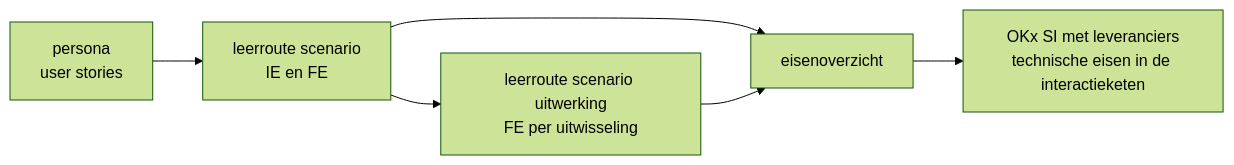
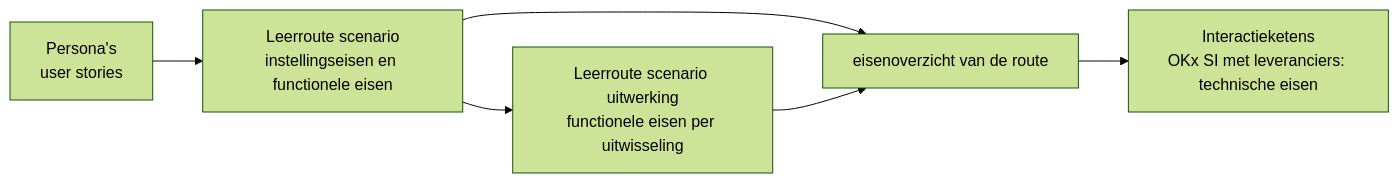
One commit to Npuls-OKx/meta changed the diagram in architecture/docs/sjablonen/README.md. Above: the diagram before and after it, drawn with Mermaid (forest theme). The commit also changed other lines of this file, not shown here.

````diff
--- a/architecture/docs/sjablonen/README.md
+++ b/architecture/docs/sjablonen/README.md
@@ -145,8 +21,8 @@
 ```mermaid
 flowchart LR
-    P["persona<br/>user stories"] --> S["leerroute scenario<br/>IE en FE"]
-    S --> U["leerroute scenario uitwerking<br/>FE per uitwisseling"]
-    S --> E["eisenoverzicht"]
+    P["Persona's<br/>user stories"] --> S["Leerroute scenario<br/>instellingseisen en functionele eisen"]
+    S --> U["Leerroute scenario uitwerking<br/>functionele eisen per uitwisseling"]
+    S --> E["eisenoverzicht van de route"]
     U --> E
-    E --> T["OKx SI met leveranciers<br/>technische eisen in de interactieketen"]
+    E --> T["Interactieketens<br/>OKx SI met leveranciers: technische eisen"]
 ```
````
